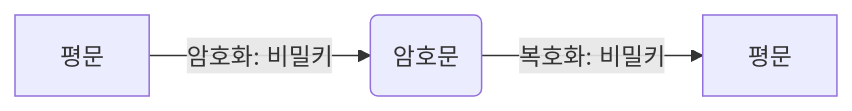
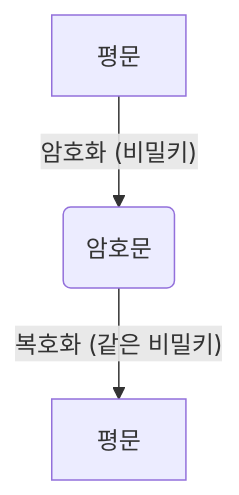
Before and after one commit to hyoguoo/hyoguoo.github.io: the first of 4 diagrams in src/content/docs/docs/secure/digital-cryptography-basic.md, drawn with Mermaid. The commit also changed other lines of this file, not shown here.

Commit message:
add: 비대칭 암호화 내용 추가

````diff
--- a/src/content/docs/docs/secure/digital-cryptography-basic.md
+++ b/src/content/docs/docs/secure/digital-cryptography-basic.md
@@ -32,5 +37,5 @@
 ```mermaid
-flowchart LR
-    A[평문] -->|암호화: 비밀키| B(암호문)
-    B -->|복호화: 비밀키| C[평문]
+flowchart TB
+    A[평문] -->|" 암호화 (비밀키) "| B(암호문)
+    B -->|" 복호화 (같은 비밀키) "| C[평문]
 ```
````
